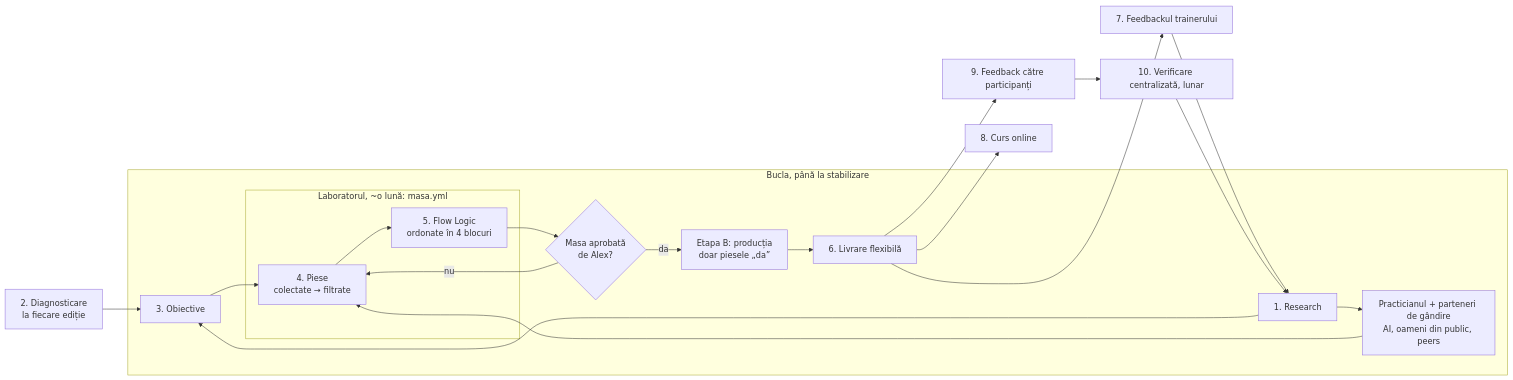
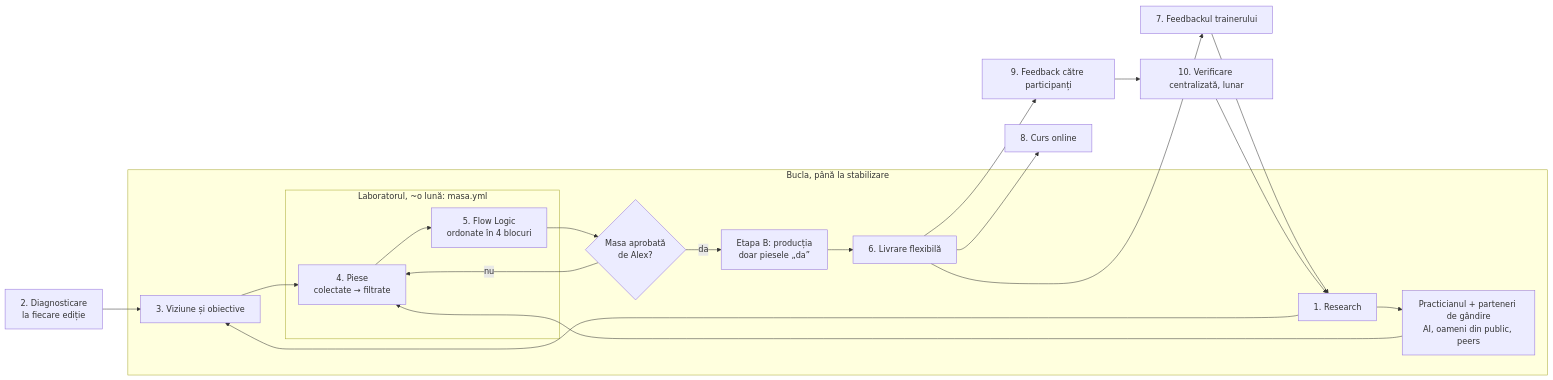
One commit to alexandrumolea/AgentsTeam changed the diagram in docs/procese/curs-nou.md. Above: the diagram before and after it, drawn with Mermaid. The commit also changed other lines of this file and 2 other files, not shown here.

Commit message:
Proces curs nou: pasul 3 devine Viziune și obiective

````diff
--- a/docs/procese/curs-nou.md
+++ b/docs/procese/curs-nou.md
@@ -25,20 +25,20 @@
 ```mermaid
 flowchart LR
   D[2. Diagnosticare<br/>la fiecare ediție] --> O
   subgraph Bucla["Bucla, până la stabilizare"]
-    R[1. Research] --> O[3. Obiective]
+    R[1. Research] --> O[3. Viziune și obiective]
     subgraph A["Laboratorul, ~o lună: masa.yml"]
       P[4. Piese<br/>colectate → filtrate] --> F[5. Flow Logic<br/>ordonate în 4 blocuri]
     end
     O --> P
     R --> PR[Practicianul + parteneri de gândire<br/>AI, oameni din public, peers]
     PR --> P
     F --> G{Masa aprobată<br/>de Alex?}
     G -- nu --> P
     G -- da --> B[Etapa B: producția<br/>doar piesele „da”] --> L[6. Livrare flexibilă]
   end
   L --> T[7. Feedbackul trainerului] --> R
   L --> C[8. Curs online]
   L --> FP[9. Feedback către participanți] --> V[10. Verificare centralizată, lunar]
   V --> R
 ```
````
